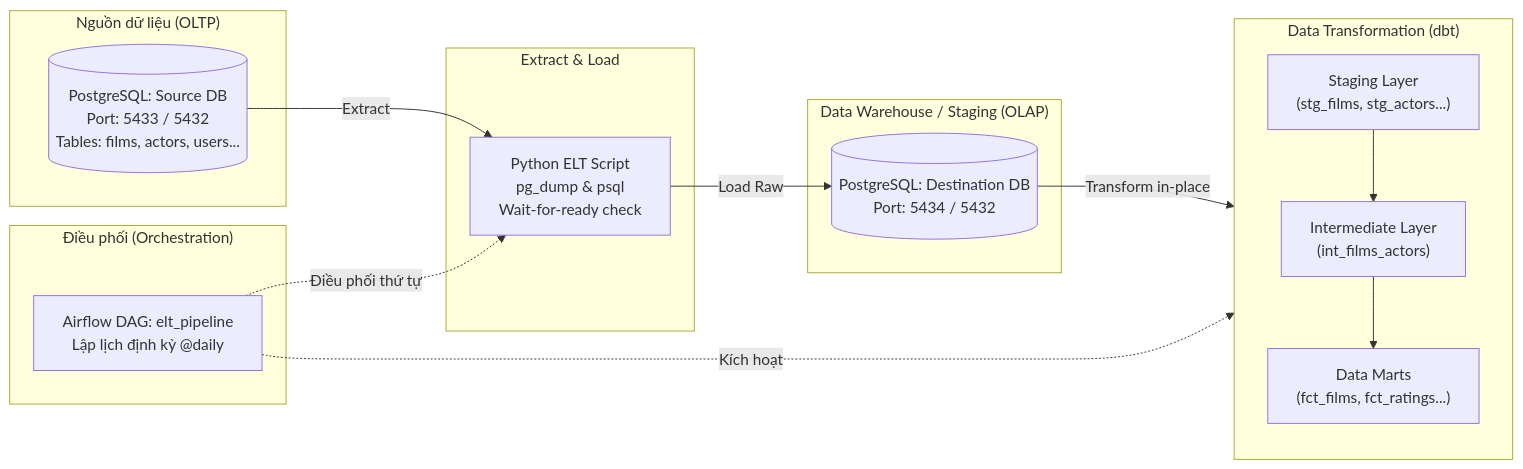
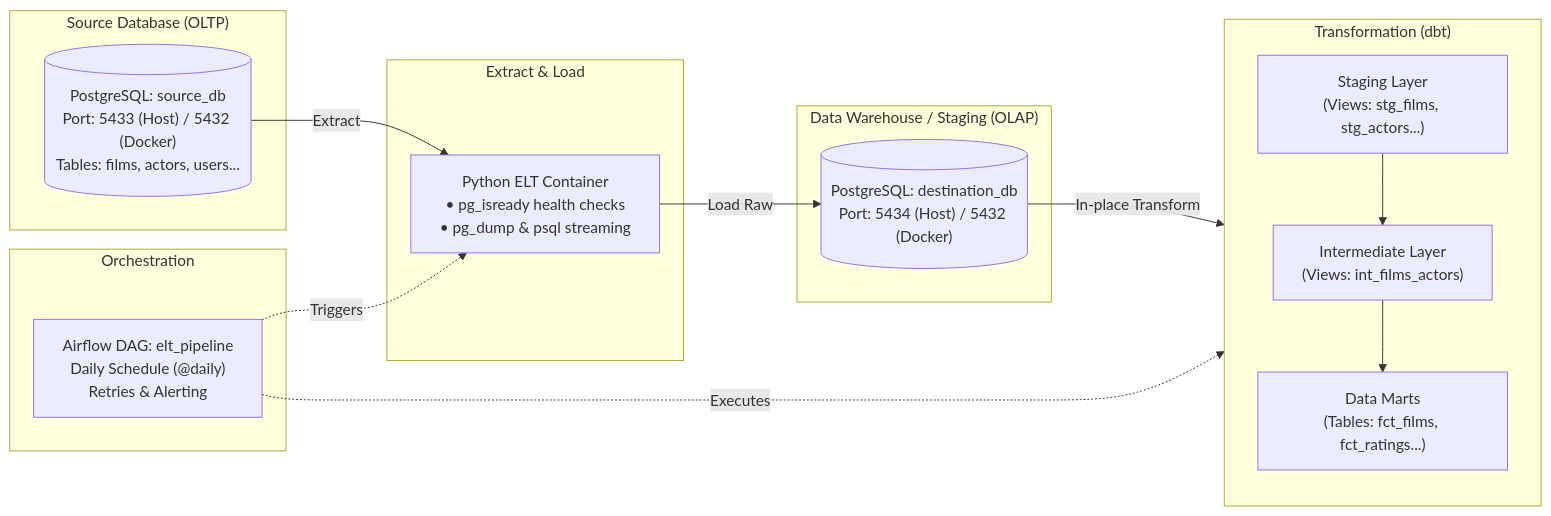
One commit to Accnoname/ELT changed the diagram in README.md. Above: the diagram before and after it, drawn with Mermaid. The commit also changed other lines of this file, not shown here.

````diff
--- a/README.md
+++ b/README.md
@@ -29,31 +29,31 @@
 ```mermaid
 flowchart LR
-    subgraph Source ["Nguồn dữ liệu (OLTP)"]
-        S_DB[("PostgreSQL: Source DB<br/>Port: 5433 / 5432<br/>Tables: films, actors, users...")]
+    subgraph Source ["Source Database (OLTP)"]
+        S_DB[("PostgreSQL: source_db<br/>Port: 5433 (Host) / 5432 (Docker)<br/>Tables: films, actors, users...")]
     end
 
     subgraph EL ["Extract & Load"]
-        Script["Python ELT Script<br/>pg_dump & psql<br/>Wait-for-ready check"]
+        Script["Python ELT Container<br/>• pg_isready health checks<br/>• pg_dump & psql streaming"]
     end
 
     subgraph Destination ["Data Warehouse / Staging (OLAP)"]
-        D_DB[("PostgreSQL: Destination DB<br/>Port: 5434 / 5432")]
+        D_DB[("PostgreSQL: destination_db<br/>Port: 5434 (Host) / 5432 (Docker)")]
     end
 
-    subgraph DBT ["Data Transformation (dbt)"]
-        Staging["Staging Layer<br/>(stg_films, stg_actors...)"]
-        Intermediate["Intermediate Layer<br/>(int_films_actors)"]
-        Marts["Data Marts<br/>(fct_films, fct_ratings...)"]
+    subgraph DBT ["Transformation (dbt)"]
+        Staging["Staging Layer<br/>(Views: stg_films, stg_actors...)"]
+        Intermediate["Intermediate Layer<br/>(Views: int_films_actors)"]
+        Marts["Data Marts<br/>(Tables: fct_films, fct_ratings...)"]
         Staging --> Intermediate --> Marts
     end
 
-    subgraph Airflow ["Điều phối (Orchestration)"]
-        AF_DAG["Airflow DAG: elt_pipeline<br/>Lập lịch định kỳ @daily"]
+    subgraph Airflow ["Orchestration"]
+        AF_DAG["Airflow DAG: elt_pipeline<br/>Daily Schedule (@daily)<br/>Retries & Alerting"]
     end
 
     S_DB -->|Extract| Script
     Script -->|Load Raw| D_DB
-    D_DB -->|Transform in-place| DBT
-    AF_DAG -.->|Điều phối thứ tự| Script
-    AF_DAG -.->|Kích hoạt| DBT
+    D_DB -->|In-place Transform| DBT
+    AF_DAG -.->|Triggers| Script
+    AF_DAG -.->|Executes| DBT
 ```
````
